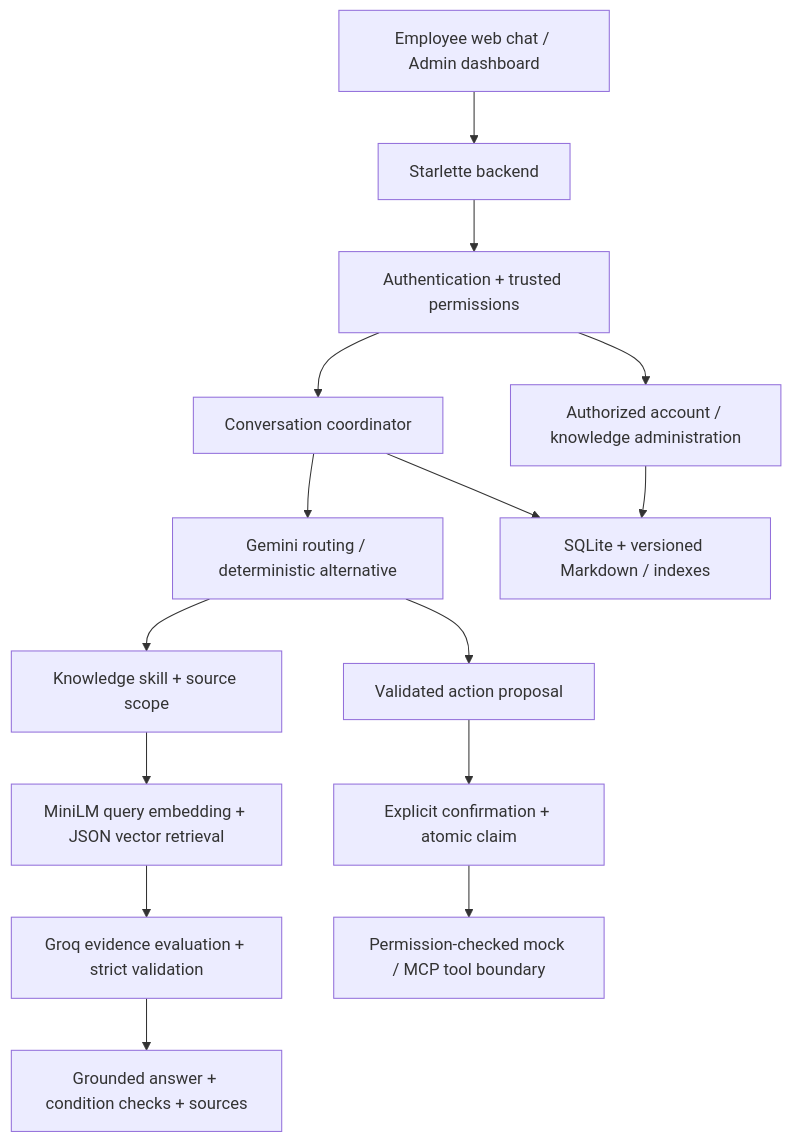
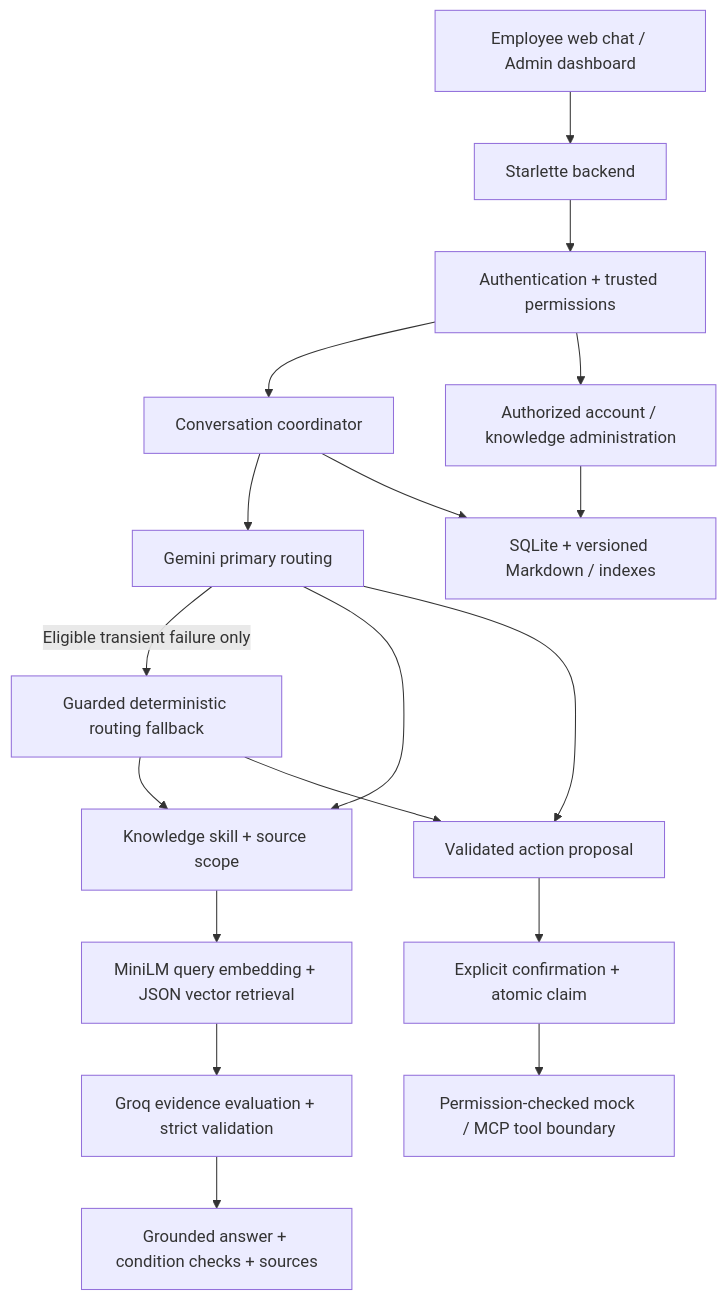
The diagram in README.md (Marghaleryrasooly/knowvia-agent), drawn with Mermaid before and after one commit. The commit also changed other lines of this file and 18 other files, not shown here.

````diff
--- a/README.md
+++ b/README.md
@@ -84,17 +85,20 @@
 ```mermaid
 flowchart TD
     Browser["Employee web chat / Admin dashboard"] --> API["Starlette backend"]
     API --> Identity["Authentication + trusted permissions"]
     Identity --> Conversation["Conversation coordinator"]
-    Conversation --> Router["Gemini routing / deterministic alternative"]
+    Conversation --> Router["Gemini primary routing"]
+    Router -->|Eligible transient failure only| Fallback["Guarded deterministic routing fallback"]
+    Fallback --> Knowledge
+    Fallback --> Proposal
     Router --> Knowledge["Knowledge skill + source scope"]
     Knowledge --> Retrieval["MiniLM query embedding + JSON vector retrieval"]
     Retrieval --> Evidence["Groq evidence evaluation + strict validation"]
     Evidence --> Answer["Grounded answer + condition checks + sources"]
     Router --> Proposal["Validated action proposal"]
     Proposal --> Confirm["Explicit confirmation + atomic claim"]
     Confirm --> Tool["Permission-checked mock / MCP tool boundary"]
     Identity --> Admin["Authorized account / knowledge administration"]
     Admin --> Storage["SQLite + versioned Markdown / indexes"]
     Conversation --> Storage
 ```
````
